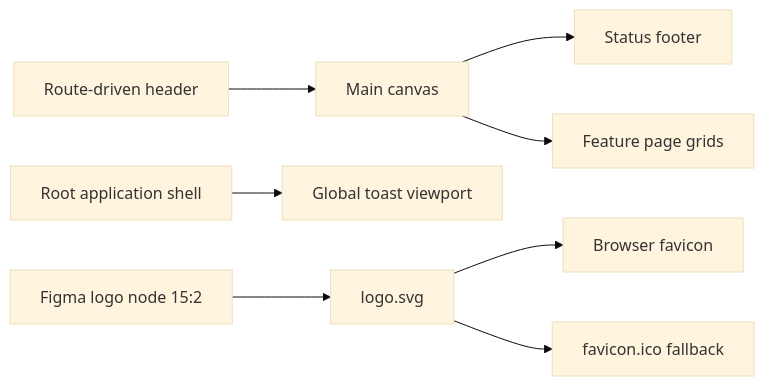
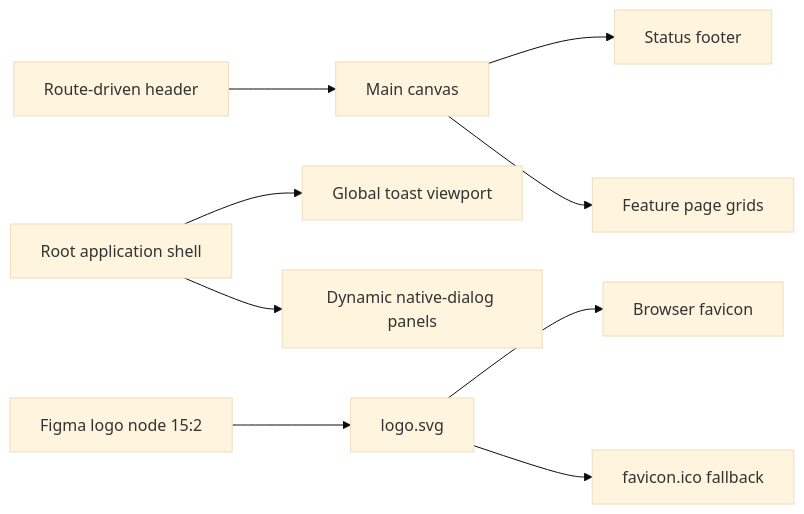
The diagram in lode/ui/summary.md (Zwezh/media-shelf), drawn with Mermaid (base theme) before and after one commit. The commit also changed other lines of this file and 45 other files, not shown here.

````diff
--- a/lode/ui/summary.md
+++ b/lode/ui/summary.md
@@ -19,10 +19,11 @@
 ```mermaid
 flowchart LR
   Header[Route-driven header] --> Canvas[Main canvas]
   Canvas --> Footer[Status footer]
   Canvas --> Features[Feature page grids]
   Shell[Root application shell] --> Toasts[Global toast viewport]
+  Shell --> FloatingPanels[Dynamic native-dialog panels]
   Figma[Figma logo node 15:2] --> SVG[logo.svg]
   SVG --> Favicon[Browser favicon]
   SVG --> ICO[favicon.ico fallback]
 ```
````
